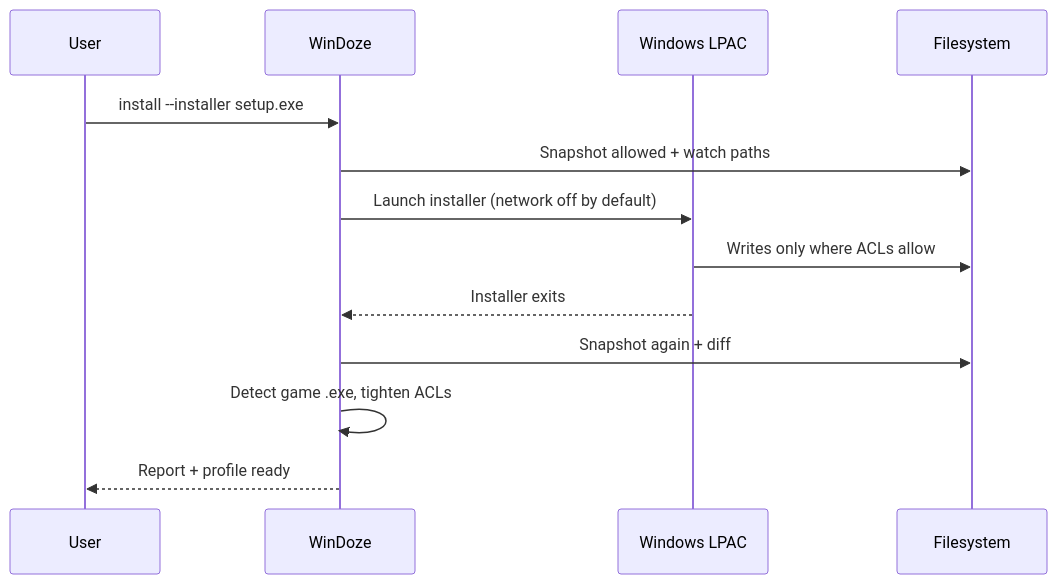
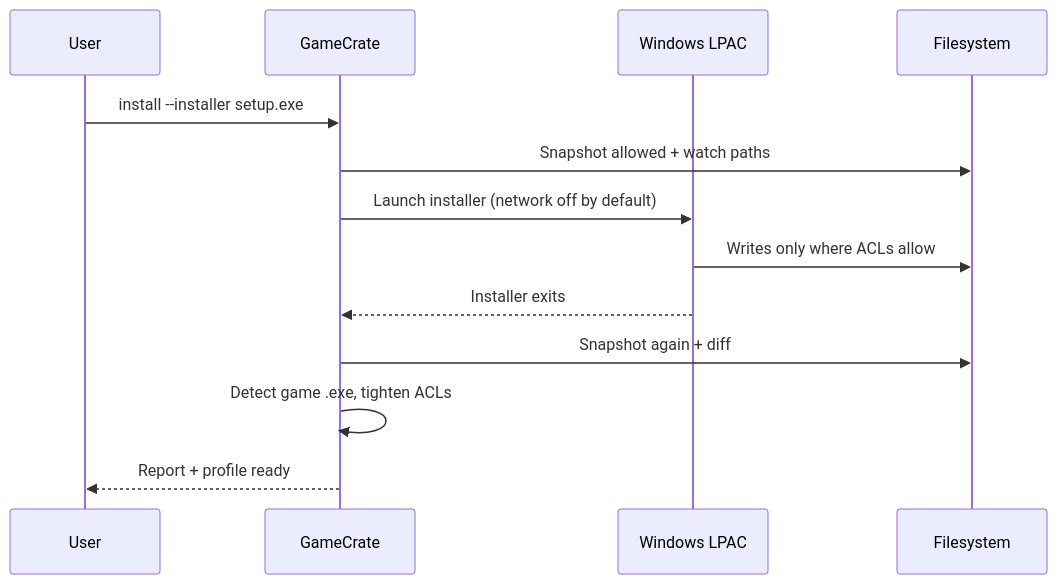
The diagram in docs/SANDBOXED_INSTALL.md (RenegadeRadio/GameCrate), drawn with Mermaid before and after one commit. The commit also changed other lines of this file and 25 other files, not shown here.

First line of the commit message:
Rename project from WinDoze to GameCrate

````diff
--- a/docs/SANDBOXED_INSTALL.md
+++ b/docs/SANDBOXED_INSTALL.md
@@ -24,16 +24,16 @@
 ```mermaid
 sequenceDiagram
     participant User
-    participant WinDoze
+    participant GameCrate
     participant LPAC as Windows LPAC
     participant FS as Filesystem
 
-    User->>WinDoze: install --installer setup.exe
-    WinDoze->>FS: Snapshot allowed + watch paths
-    WinDoze->>LPAC: Launch installer (network off by default)
+    User->>GameCrate: install --installer setup.exe
+    GameCrate->>FS: Snapshot allowed + watch paths
+    GameCrate->>LPAC: Launch installer (network off by default)
     LPAC->>FS: Writes only where ACLs allow
-    LPAC-->>WinDoze: Installer exits
-    WinDoze->>FS: Snapshot again + diff
-    WinDoze->>WinDoze: Detect game .exe, tighten ACLs
-    WinDoze-->>User: Report + profile ready
+    LPAC-->>GameCrate: Installer exits
+    GameCrate->>FS: Snapshot again + diff
+    GameCrate->>GameCrate: Detect game .exe, tighten ACLs
+    GameCrate-->>User: Report + profile ready
 ```
````
